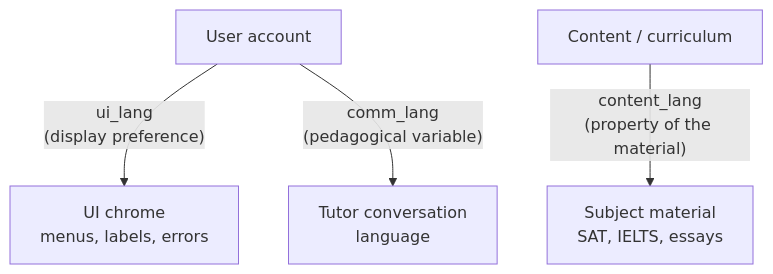
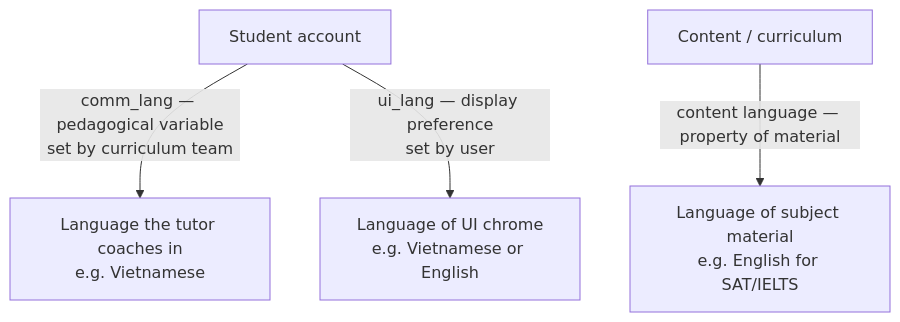
The third of 3 diagrams in src/content/docs/pedagogy/conversation.md (stemolly/wiki), drawn with Mermaid before and after one commit. The commit also changed other lines of this file and 57 other files, not shown here.

````diff
--- a/src/content/docs/pedagogy/conversation.md
+++ b/src/content/docs/pedagogy/conversation.md
@@ -73,8 +91,9 @@
 ```mermaid
 flowchart TD
-  User["User account"]
-  User -->|"ui_lang<br/>(display preference)"| Chrome["UI chrome<br/>menus, labels, errors"]
-  User -->|"comm_lang<br/>(pedagogical variable)"| Tutor["Tutor conversation<br/>language"]
-  Content["Content / curriculum"]
-  Content -->|"content_lang<br/>(property of the material)"| Material["Subject material<br/>SAT, IELTS, essays"]
+  User["Student account"]
+  Curriculum["Content / curriculum"]
+
+  User -->|"comm_lang — pedagogical variable<br/>set by curriculum team"| Tutor["Language the tutor coaches in<br/>e.g. Vietnamese"]
+  User -->|"ui_lang — display preference<br/>set by user"| Chrome["Language of UI chrome<br/>e.g. Vietnamese or English"]
+  Curriculum -->|"content language — property of material"| Material["Language of subject material<br/>e.g. English for SAT/IELTS"]
 ```
````
